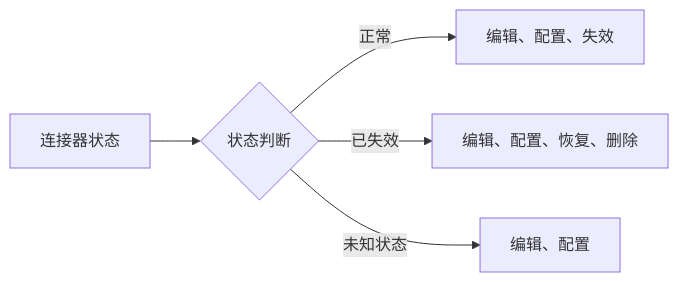
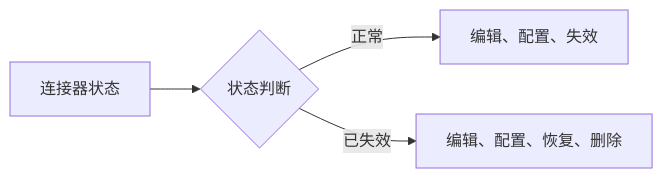
One commit to THZSummer/open-app changed the second of 4 diagrams in front/doc/2026年6月文档/连接器列表需求设计说明书.md. Above: the diagram before and after it, drawn with Mermaid. The commit also changed other lines of this file and 6 other files, not shown here.

````diff
--- a/front/doc/2026年6月文档/连接器列表需求设计说明书.md
+++ b/front/doc/2026年6月文档/连接器列表需求设计说明书.md
@@ -188,7 +192,6 @@
 ```mermaid
 flowchart LR
     A[连接器状态] --> B{状态判断}
     B -->|正常| C[编辑、配置、失效]
     B -->|已失效| D[编辑、配置、恢复、删除]
-    B -->|未知状态| E[编辑、配置]
 ```
````
